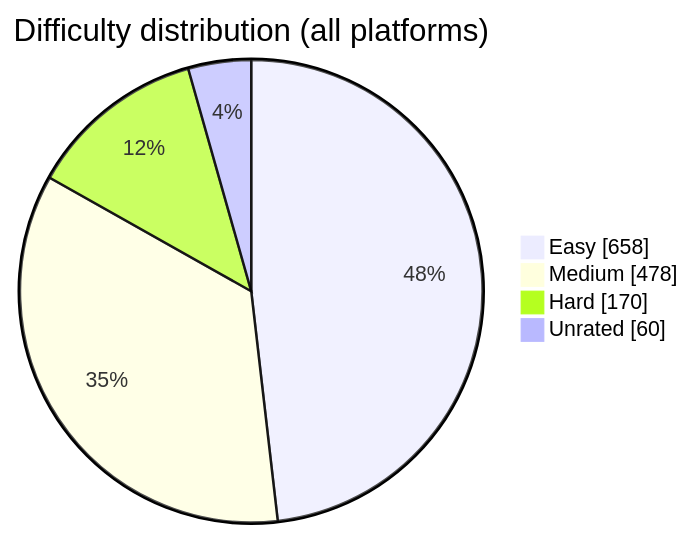
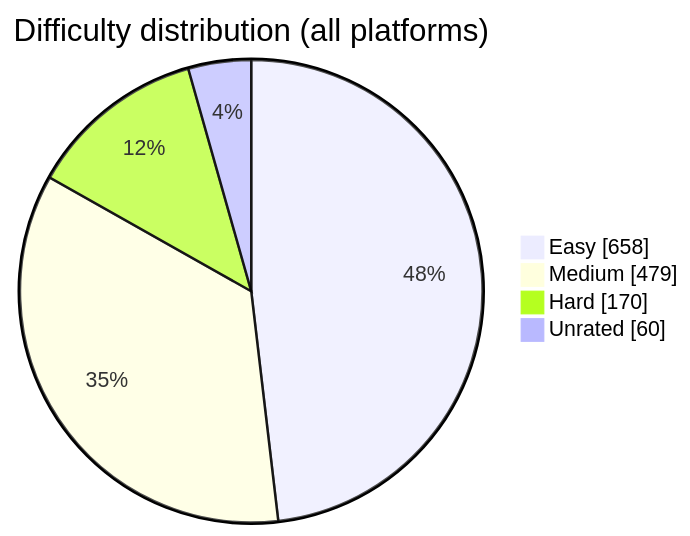
Before and after one commit to BuildbyArindam/Daily-Coding-Log: the diagram in README.md, drawn with Mermaid. The commit also changed other lines of this file, not shown here.

````diff
--- a/README.md
+++ b/README.md
@@ -93,7 +93,7 @@
 ```mermaid
 pie showData title Difficulty distribution (all platforms)
     "Easy" : 658
-    "Medium" : 478
+    "Medium" : 479
     "Hard" : 170
     "Unrated" : 60
 ```
````
